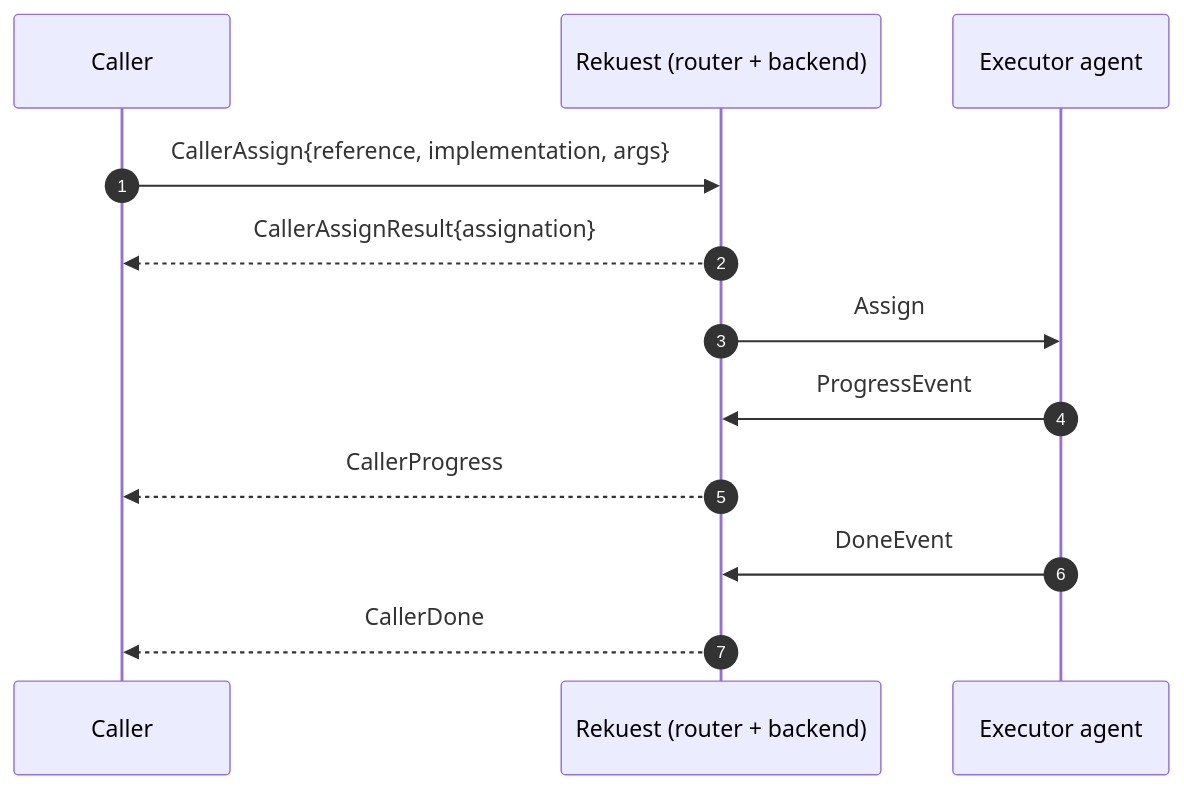
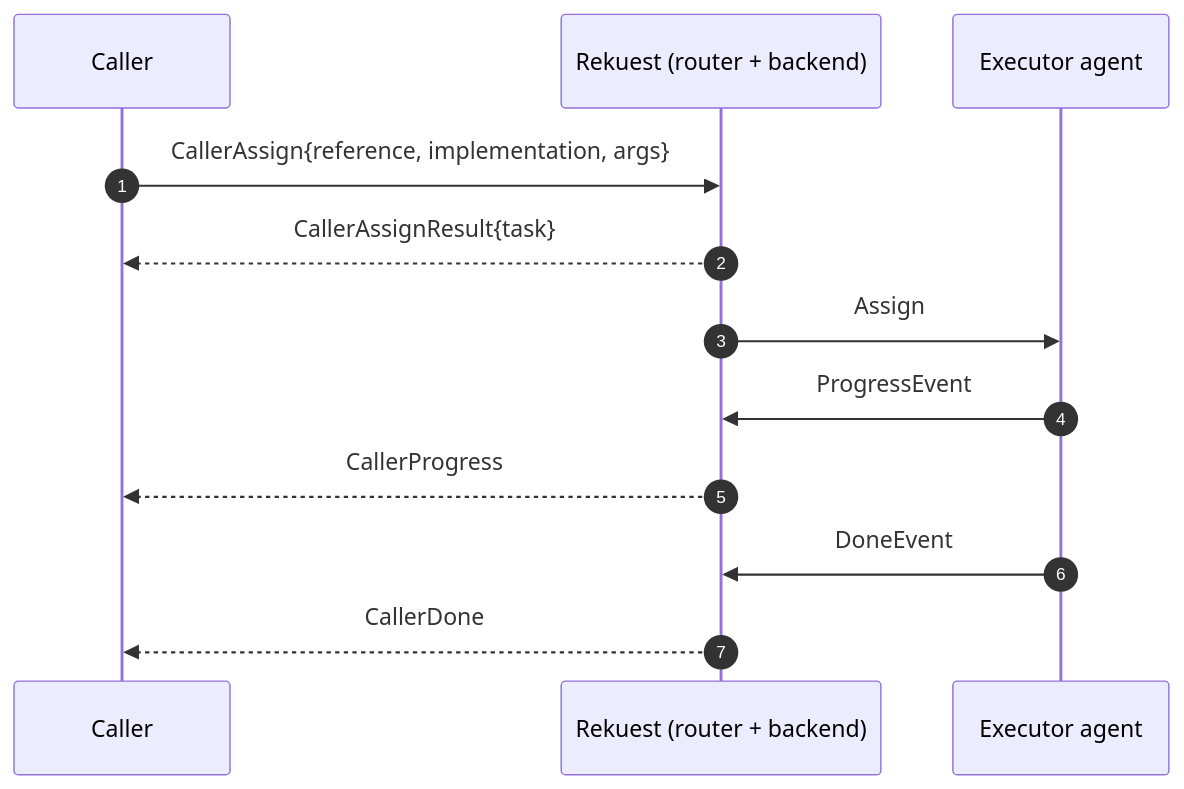
Before and after one commit to arkitektio/rekuest-server-next: the first of 2 diagrams in docs/design/caller-protocol.md, drawn with Mermaid. The commit also changed other lines of this file and 85 other files, not shown here.

````diff
--- a/docs/design/caller-protocol.md
+++ b/docs/design/caller-protocol.md
@@ -170,14 +170,14 @@
 ```mermaid
 sequenceDiagram
     autonumber
     participant C as Caller
     participant R as Rekuest (router + backend)
     participant E as Executor agent
     C->>R: CallerAssign{reference, implementation, args}
-    R-->>C: CallerAssignResult{assignation}
+    R-->>C: CallerAssignResult{task}
     R->>E: Assign
     E->>R: ProgressEvent
     R-->>C: CallerProgress
     E->>R: DoneEvent
     R-->>C: CallerDone
 ```
````
